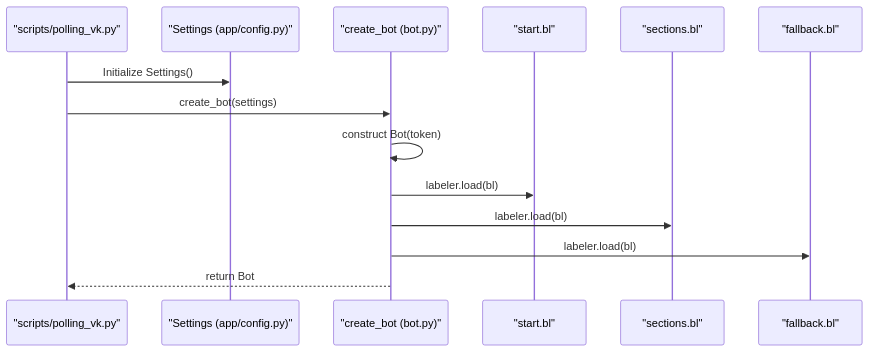
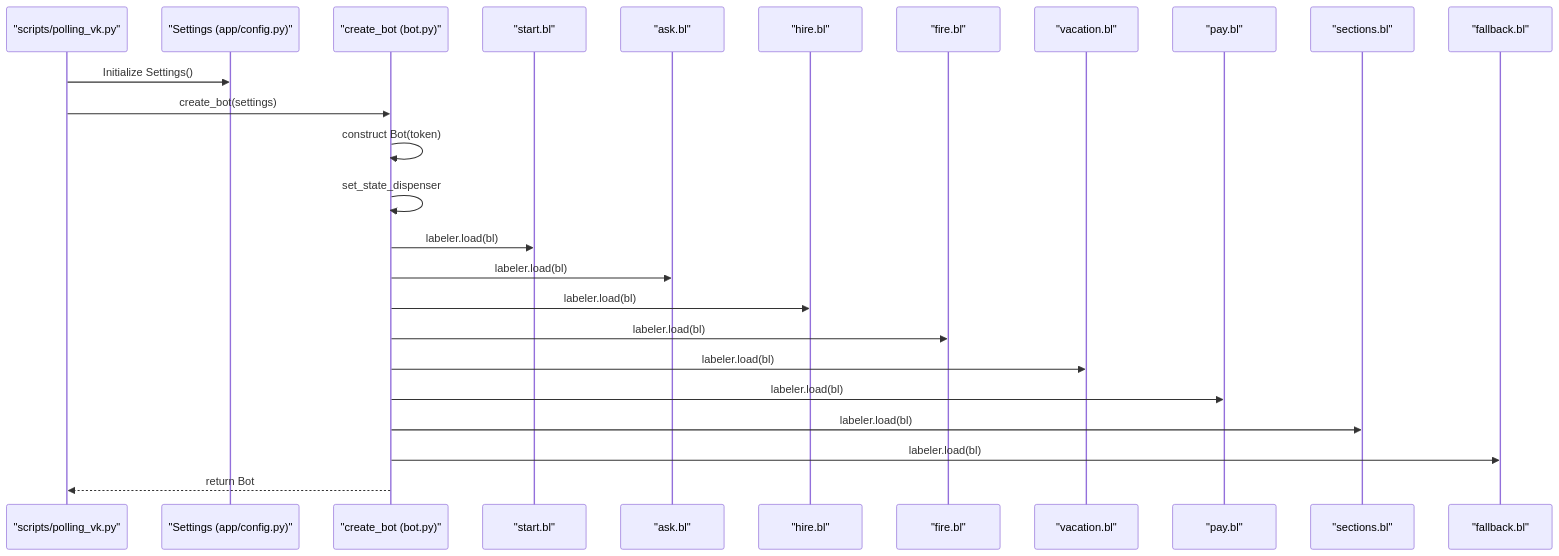
The second of 7 diagrams in .qoder/repowiki/en/content/API Reference/API Reference.md (ognelis/cafetera_hr_bot), drawn with Mermaid before and after one commit. The commit also changed other lines of this file and 25 other files, not shown here.

````diff
--- a/.qoder/repowiki/en/content/API Reference/API Reference.md
+++ b/.qoder/repowiki/en/content/API Reference/API Reference.md
@@ -284,16 +410,27 @@
 ```mermaid
 sequenceDiagram
 participant Dev as "scripts/polling_vk.py"
 participant Cfg as "Settings (app/config.py)"
 participant Bot as "create_bot (bot.py)"
 participant LB_Start as "start.bl"
+participant LB_Ask as "ask.bl"
+participant LB_Hire as "hire.bl"
+participant LB_Fire as "fire.bl"
+participant LB_Vacation as "vacation.bl"
+participant LB_Pay as "pay.bl"
 participant LB_Sections as "sections.bl"
 participant LB_Fallback as "fallback.bl"
 Dev->>Cfg : Initialize Settings()
 Dev->>Bot : create_bot(settings)
 Bot->>Bot : construct Bot(token)
+Bot->>Bot : set_state_dispenser
 Bot->>LB_Start : labeler.load(bl)
+Bot->>LB_Ask : labeler.load(bl)
+Bot->>LB_Hire : labeler.load(bl)
+Bot->>LB_Fire : labeler.load(bl)
+Bot->>LB_Vacation : labeler.load(bl)
+Bot->>LB_Pay : labeler.load(bl)
 Bot->>LB_Sections : labeler.load(bl)
 Bot->>LB_Fallback : labeler.load(bl)
 Bot-->>Dev : return Bot
 ```
````
